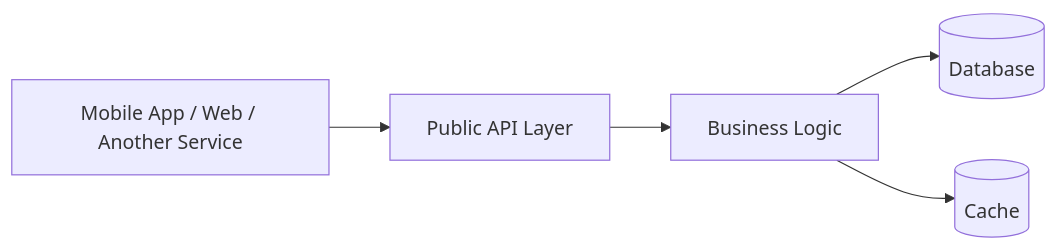
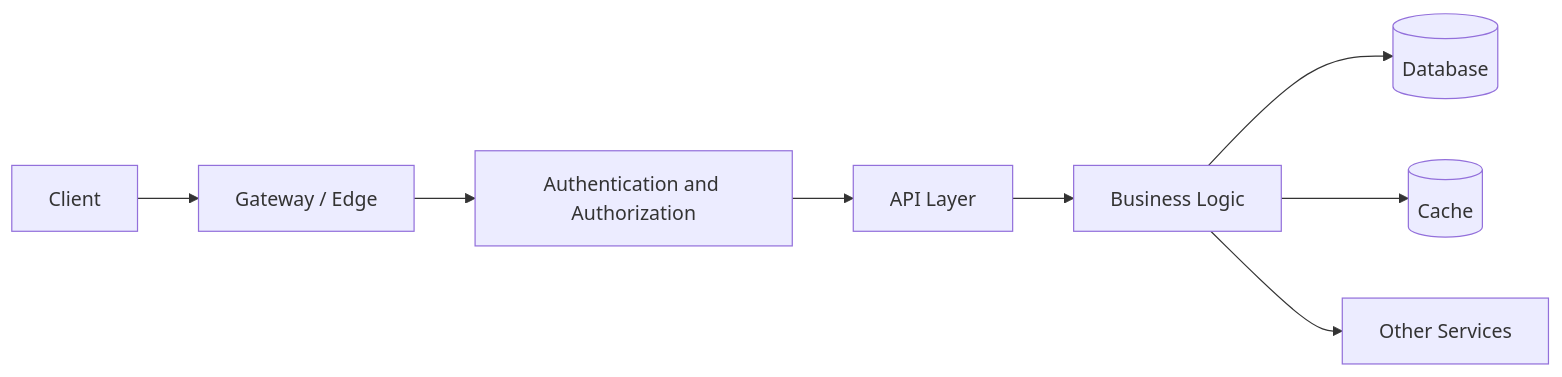
One commit to vsharma2430/LearnDesign changed the first of 9 diagrams in hld/05-hld-api-design/lessons.md. Above: the diagram before and after it, drawn with Mermaid. The commit also changed other lines of this file, not shown here.

````diff
--- a/hld/05-hld-api-design/lessons.md
+++ b/hld/05-hld-api-design/lessons.md
@@ -12,7 +14,10 @@
 ```mermaid
 flowchart LR
-    Client[Mobile App / Web / Another Service] --> API[Public API Layer]
-    API --> Service[Business Logic]
-    Service --> DB[(Database)]
-    Service --> Cache[(Cache)]
+    C[Client] --> GW[Gateway / Edge]
+    GW --> AUTH[Authentication and Authorization]
+    AUTH --> API[API Layer]
+    API --> BL[Business Logic]
+    BL --> DB[(Database)]
+    BL --> CACHE[(Cache)]
+    BL --> DEP[Other Services]
 ```
````
